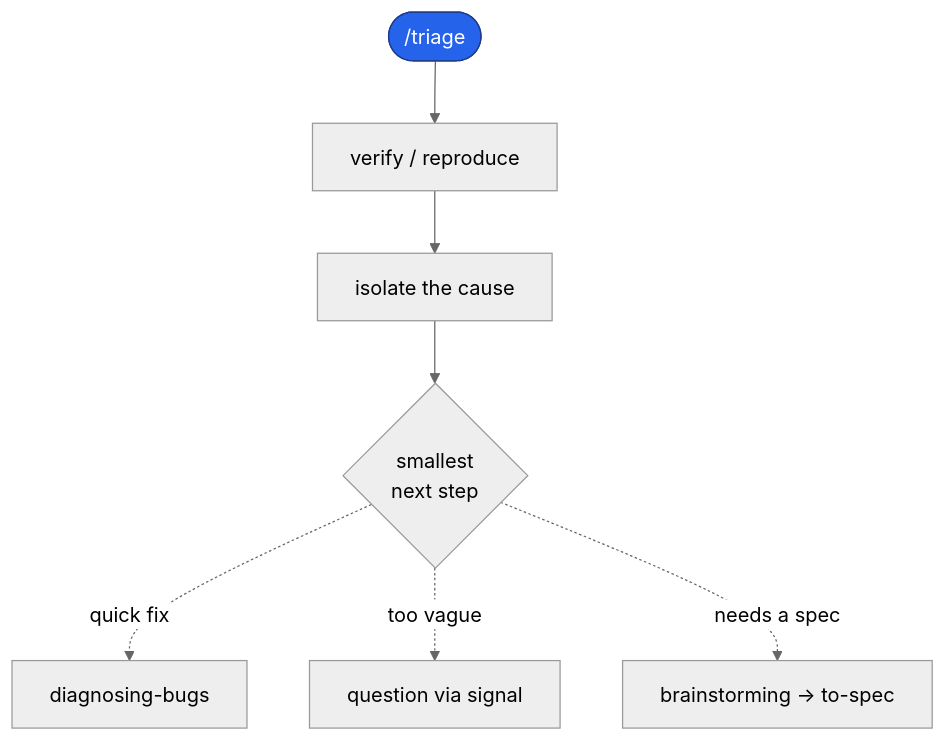
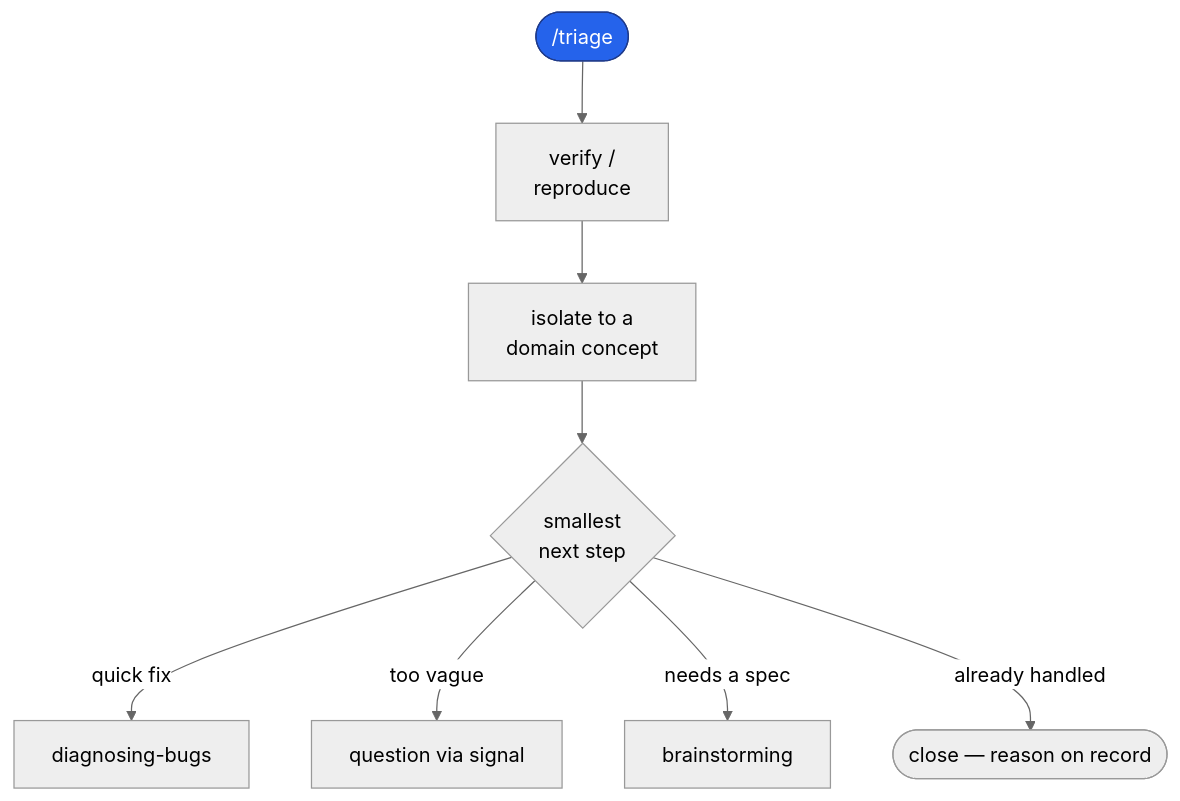
One commit to dashworthy/engineering changed the third of 5 diagrams in README.md. Above: the diagram before and after it, drawn with Mermaid (neutral theme). The commit also changed other lines of this file, not shown here.

````diff
--- a/README.md
+++ b/README.md
@@ -55,10 +78,12 @@
 ```mermaid
 flowchart TD
     classDef entry fill:#2563eb,stroke:#1e3a8a,color:#fff
-    T(["/triage"]):::entry --> T1["verify / reproduce"]
-    T1 --> T2["isolate the cause"]
+
+    T(["/triage"]):::entry --> T1["verify /<br/>reproduce"]
+    T1 --> T2["isolate to a<br/>domain concept"]
     T2 --> T3{"smallest<br/>next step"}
-    T3 -. quick fix .-> QF["diagnosing-bugs"]
-    T3 -. too vague .-> Q["question via signal"]
-    T3 -. needs a spec .-> BR["brainstorming → to-spec"]
+    T3 -->|"quick fix"| QF["diagnosing-bugs"]
+    T3 -->|"too vague"| Q["question via signal"]
+    T3 -->|"needs a spec"| BR["brainstorming"]
+    T3 -->|"already handled"| CL(["close — reason on record"])
 ```
````
